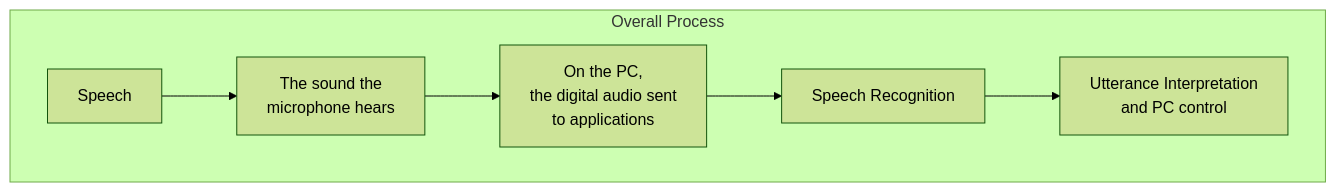
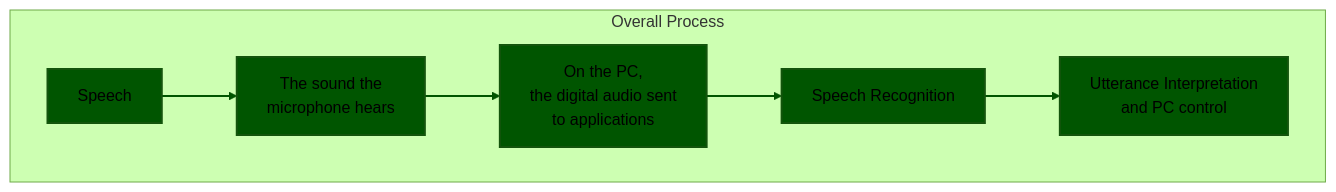
Before and after one commit to TalonCommunity/Wiki: the first of 4 diagrams in docs/Resource Hub/Speech Recognition/improving_recognition_accuracy.md, drawn with Mermaid (forest theme). The commit also changed 12 other files, not shown here.

````diff
--- a/docs/Resource Hub/Speech Recognition/improving_recognition_accuracy.md
+++ b/docs/Resource Hub/Speech Recognition/improving_recognition_accuracy.md
@@ -21,24 +21,29 @@
 ```mermaid
 flowchart
 
   subgraph Overall Process
     
     speech[Speech]
     speech --> audio_microphone_hears
 
     audio_microphone_hears[The sound the
       microphone hears]
     audio_microphone_hears --> audio_to_applications
 
     audio_to_applications[On the PC, 
       the digital audio sent
       to applications]
     audio_to_applications --> speech_recognition
 
     speech_recognition[Speech Recognition]
     speech_recognition --> utterance_interpretation
 
     utterance_interpretation[Utterance Interpretation
       and PC control]
+
+    classDef mainInfoPath fill:#050,stroke-width:2px;
+    class speech,audio_microphone_hears,audio_to_applications,speech_recognition,utterance_interpretation mainInfoPath;
+
+    linkStyle 0,1,2,3 stroke:#050,stroke-width:2px,color:red;
   end
 ```
````
